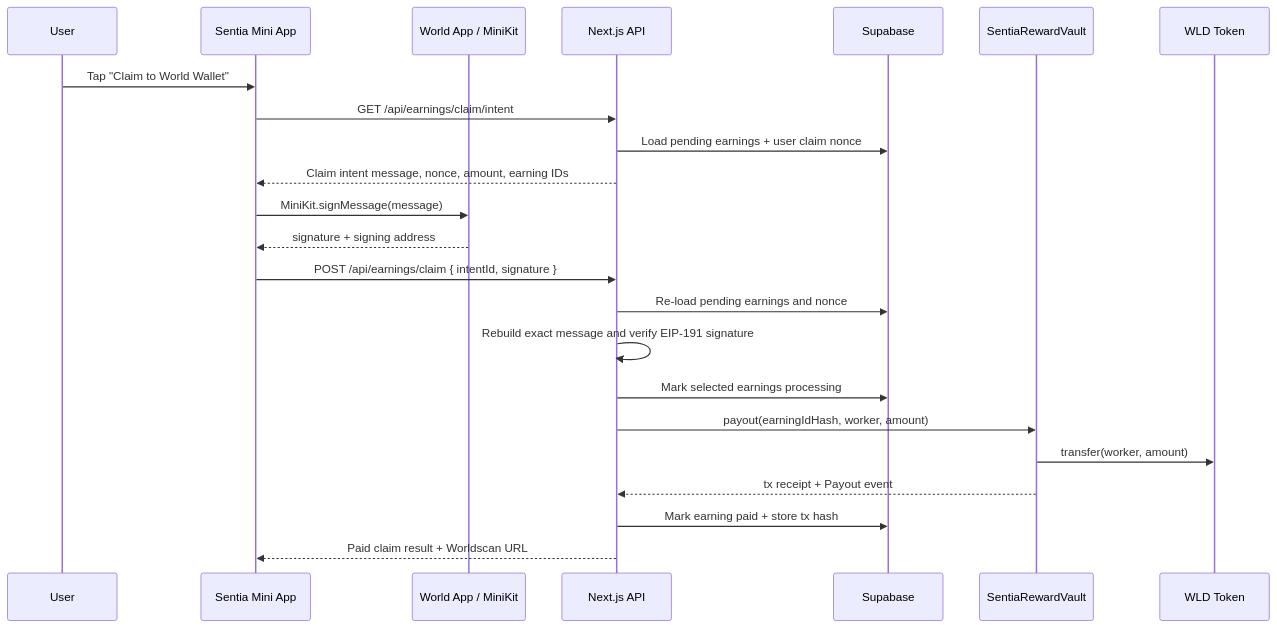
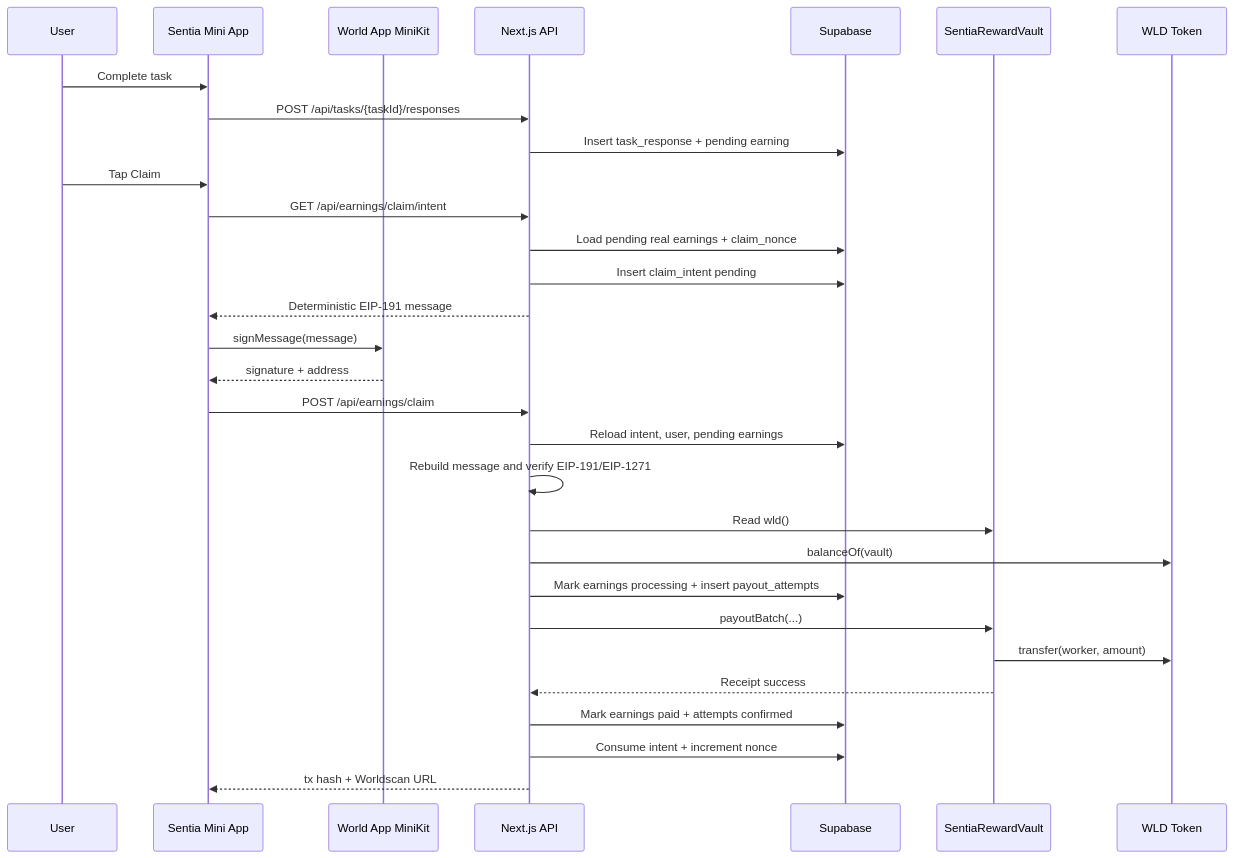
Before and after one commit to 0xredg/sentia: the diagram in wiki/architecture/world-chain-reward-vault.md, drawn with Mermaid. The commit also changed other lines of this file and 6 other files, not shown here.

First line of the commit message:
Document real World Chain reward vault architecture

````diff
--- a/wiki/architecture/world-chain-reward-vault.md
+++ b/wiki/architecture/world-chain-reward-vault.md
@@ -51,26 +74,33 @@
 ```mermaid
 sequenceDiagram
   participant User
   participant Client as Sentia Mini App
-  participant WorldApp as World App / MiniKit
+  participant MiniKit as World App MiniKit
   participant API as Next.js API
   participant DB as Supabase
   participant Vault as SentiaRewardVault
   participant WLD as WLD Token
 
-  User->>Client: Tap "Claim to World Wallet"
+  User->>Client: Complete task
+  Client->>API: POST /api/tasks/{taskId}/responses
+  API->>DB: Insert task_response + pending earning
+  User->>Client: Tap Claim
   Client->>API: GET /api/earnings/claim/intent
-  API->>DB: Load pending earnings + user claim nonce
-  API-->>Client: Claim intent message, nonce, amount, earning IDs
-  Client->>WorldApp: MiniKit.signMessage(message)
-  WorldApp-->>Client: signature + signing address
-  Client->>API: POST /api/earnings/claim { intentId, signature }
-  API->>DB: Re-load pending earnings and nonce
-  API->>API: Rebuild exact message and verify EIP-191 signature
-  API->>DB: Mark selected earnings processing
-  API->>Vault: payout(earningIdHash, worker, amount)
+  API->>DB: Load pending real earnings + claim_nonce
+  API->>DB: Insert claim_intent pending
+  API-->>Client: Deterministic EIP-191 message
+  Client->>MiniKit: signMessage(message)
+  MiniKit-->>Client: signature + address
+  Client->>API: POST /api/earnings/claim
+  API->>DB: Reload intent, user, pending earnings
+  API->>API: Rebuild message and verify EIP-191/EIP-1271
+  API->>Vault: Read wld()
+  API->>WLD: balanceOf(vault)
+  API->>DB: Mark earnings processing + insert payout_attempts
+  API->>Vault: payoutBatch(...)
   Vault->>WLD: transfer(worker, amount)
-  Vault-->>API: tx receipt + Payout event
-  API->>DB: Mark earning paid + store tx hash
-  API-->>Client: Paid claim result + Worldscan URL
+  Vault-->>API: Receipt success
+  API->>DB: Mark earnings paid + attempts confirmed
+  API->>DB: Consume intent + increment nonce
+  API-->>Client: tx hash + Worldscan URL
 ```
````
